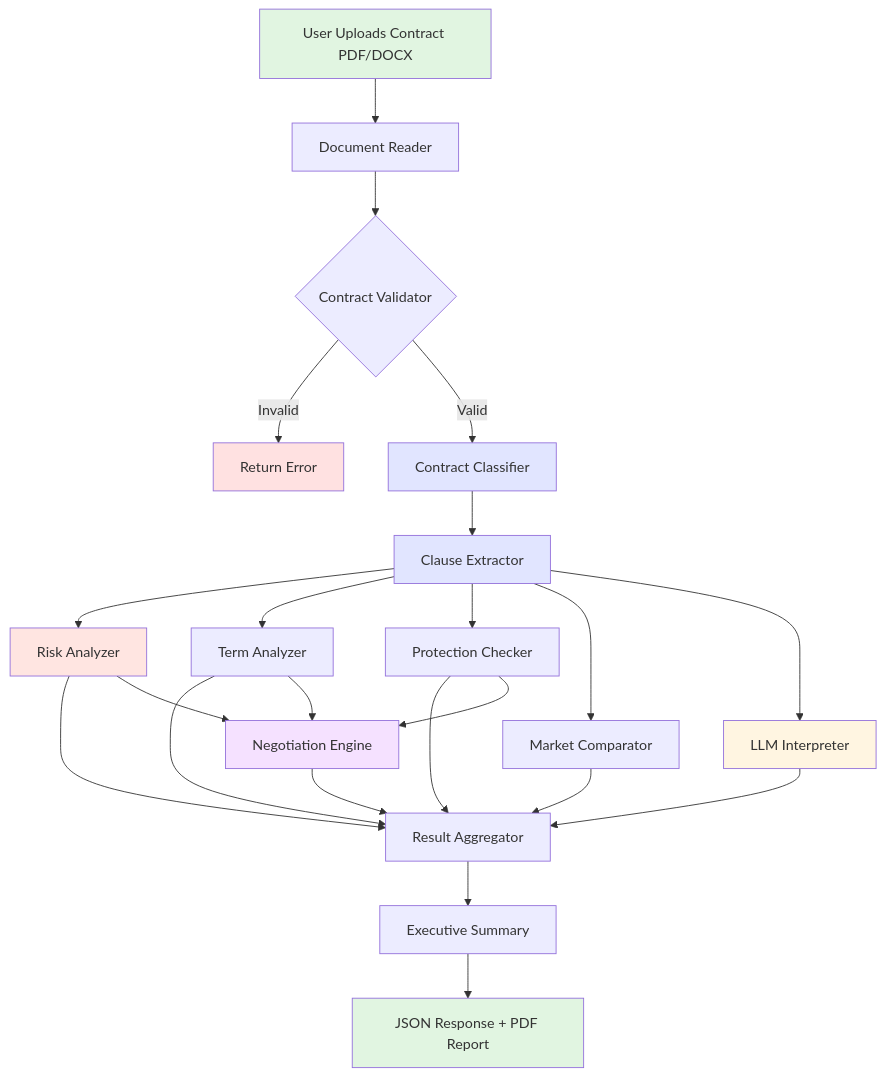
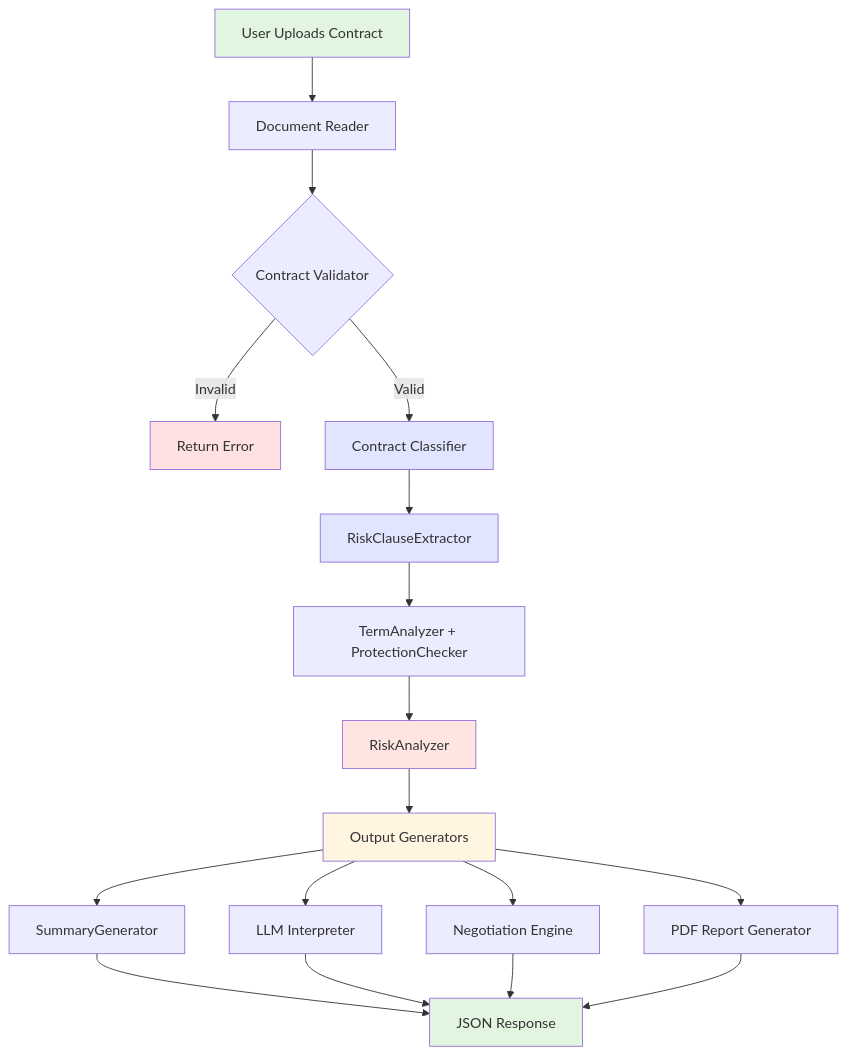
The first of 2 diagrams in README.md (itobuztech/contract-guard-ai), drawn with Mermaid before and after one commit. The commit also changed other lines of this file and 21 other files, not shown here.

````diff
--- a/README.md
+++ b/README.md
@@ -114,39 +137,30 @@
 ```mermaid
 graph TB
-    Start[User Uploads Contract PDF/DOCX] --> Read[Document Reader]
+    Start[User Uploads Contract] --> Read[Document Reader]
     Read --> Validate{Contract Validator}
     Validate -->|Invalid| Error[Return Error]
     Validate -->|Valid| Classify[Contract Classifier]
     
-    Classify --> Extract[Clause Extractor]
+    Classify --> Extract[RiskClauseExtractor]
+    Extract --> Analyze[TermAnalyzer + ProtectionChecker]
+    Analyze --> Score[RiskAnalyzer]
+    Score --> Generate[Output Generators]
     
-    Extract --> Risk[Risk Analyzer]
-    Extract --> Terms[Term Analyzer]
-    Extract --> Protect[Protection Checker]
-    Extract --> Market[Market Comparator]
+    Generate --> Sum[SummaryGenerator]
+    Generate --> Interp[LLM Interpreter]
+    Generate --> Neg[Negotiation Engine]
+    Generate --> PDF[PDF Report Generator]
     
-    Risk --> Aggregate[Result Aggregator]
-    Terms --> Aggregate
-    Protect --> Aggregate
-    Market --> Aggregate
-    
-    Extract --> LLM[LLM Interpreter]
-    LLM --> Aggregate
-    
-    Risk --> Negotiate[Negotiation Engine]
-    Terms --> Negotiate
-    Protect --> Negotiate
-    Negotiate --> Aggregate
-    
-    Aggregate --> Report[Executive Summary]
-    Report --> End[JSON Response + PDF Report]
+    Sum --> End[JSON Response]
+    Interp --> End
+    Neg --> End
+    PDF --> End
     
     style Start fill:#e1f5e1
     style End fill:#e1f5e1
     style Error fill:#ffe1e1
     style Classify fill:#e1e5ff
     style Extract fill:#e1e5ff
-    style Risk fill:#ffe5e1
-    style LLM fill:#fff5e1
-    style Negotiate fill:#f5e1ff
+    style Score fill:#ffe5e1
+    style Generate fill:#fff5e1
 ```
````
